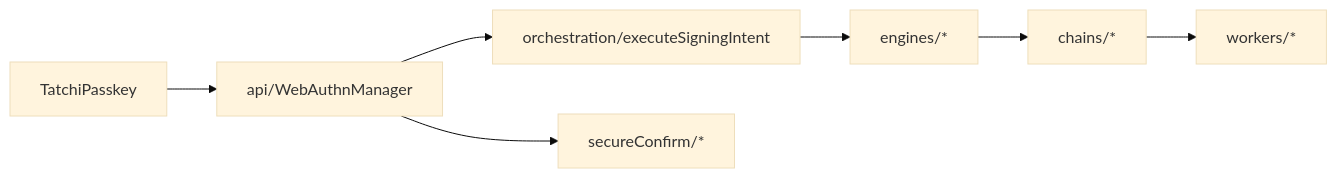
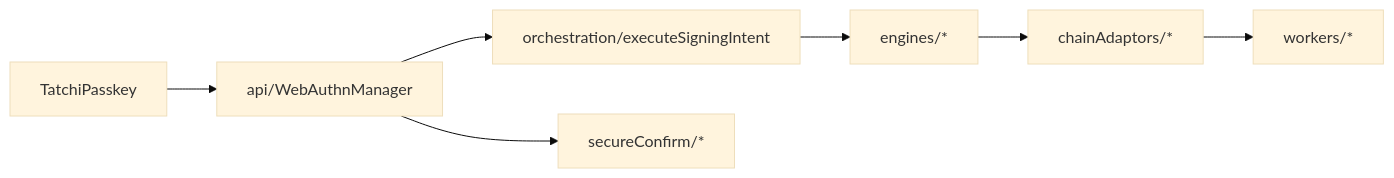
The first of 3 diagrams in client/src/core/signing/README.md (peitalin/simple-threshold-signer), drawn with Mermaid (base theme) before and after one commit. The commit also changed other lines of this file and 148 other files, not shown here.

````diff
--- a/client/src/core/signing/README.md
+++ b/client/src/core/signing/README.md
@@ -33,9 +33,9 @@
 ```mermaid
 flowchart LR
   TP["TatchiPasskey"] --> WM["api/WebAuthnManager"]
   WM --> ORCH["orchestration/executeSigningIntent"]
   ORCH --> ENG["engines/*"]
-  ENG --> CHAINS["chains/*"]
+  ENG --> CHAINS["chainAdaptors/*"]
   WM --> SC["secureConfirm/*"]
   CHAINS --> WORKERS["workers/*"]
 ```
````
